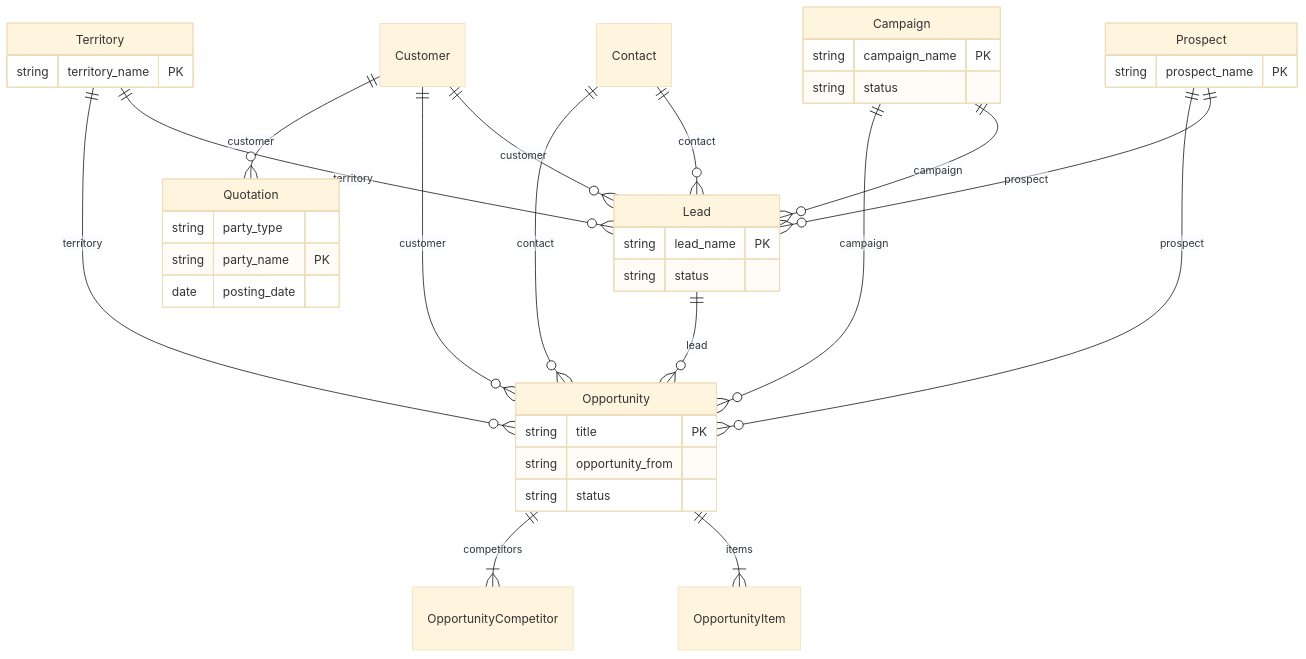
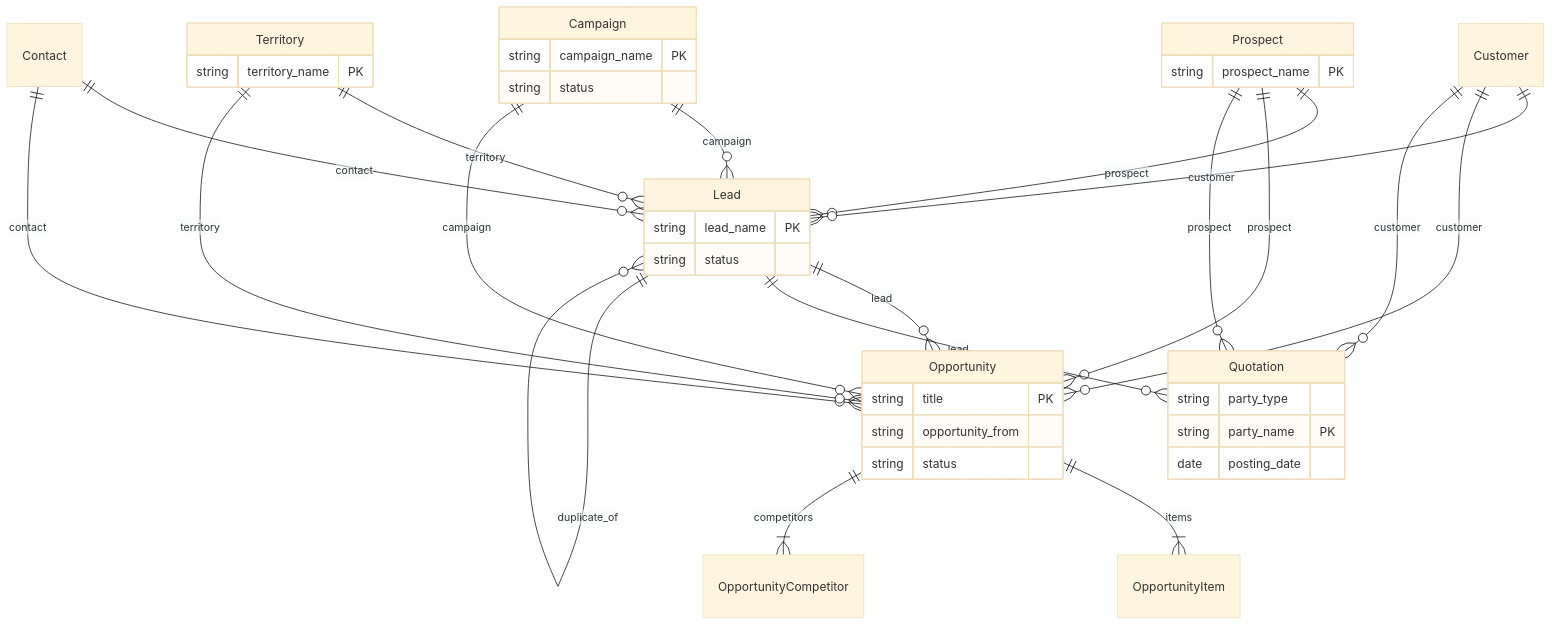
Before and after one commit to CBFerrum/ferrum-app-crm: the third of 3 diagrams in README.md, drawn with Mermaid (base theme). The commit also changed other lines of this file and 1 other file, not shown here.

````diff
--- a/README.md
+++ b/README.md
@@ -154,41 +157,44 @@
 ```mermaid
 erDiagram
     Lead {
         string lead_name PK
         string status
     }
     Opportunity {
         string title PK
         string opportunity_from
         string status
     }
     Territory {
         string territory_name PK
     }
     Quotation {
         string party_type
         string party_name PK
         date posting_date
     }
     Prospect {
         string prospect_name PK
     }
     Campaign {
         string campaign_name PK
         string status
     }
     Campaign ||--o{ Lead : "campaign"
     Prospect ||--o{ Lead : "prospect"
     Territory ||--o{ Lead : "territory"
     Customer ||--o{ Lead : "customer"
     Contact ||--o{ Lead : "contact"
     Lead ||--o{ Opportunity : "lead"
     Customer ||--o{ Opportunity : "customer"
     Prospect ||--o{ Opportunity : "prospect"
     Contact ||--o{ Opportunity : "contact"
     Opportunity ||--|{ OpportunityItem : "items"
     Opportunity ||--|{ OpportunityCompetitor : "competitors"
     Campaign ||--o{ Opportunity : "campaign"
     Territory ||--o{ Opportunity : "territory"
     Customer ||--o{ Quotation : "customer"
+    Lead ||--o{ Quotation : "lead"
+    Prospect ||--o{ Quotation : "prospect"
+    Lead ||--o{ Lead : "duplicate_of"
 ```
````
